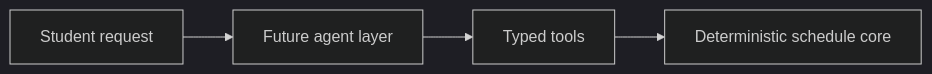
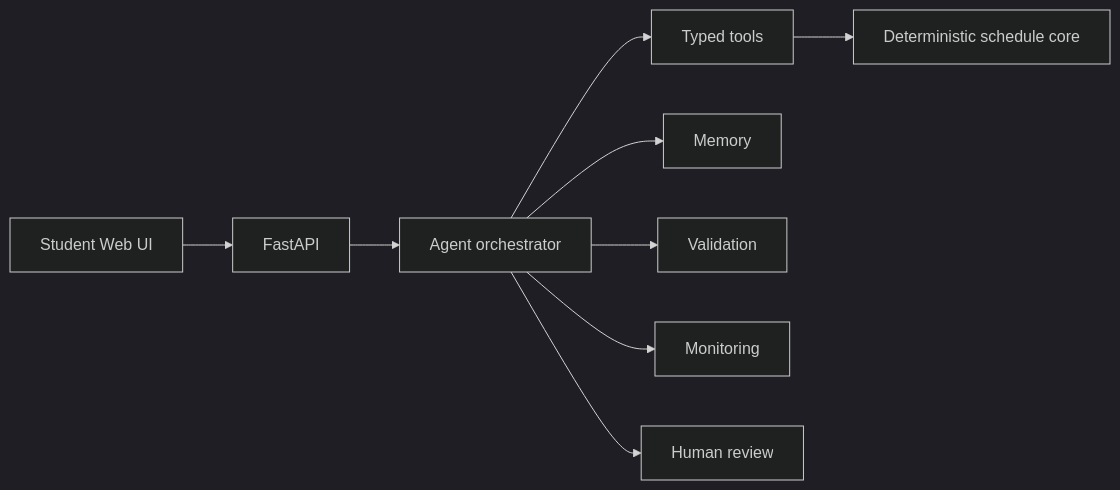
Before and after one commit to aldoapicella/utp-schedule-agent-lab: the diagram in src/schedule_agent/design/architecture.md, drawn with Mermaid (dark theme). The commit also changed other lines of this file and 109 other files, not shown here.

````diff
--- a/src/schedule_agent/design/architecture.md
+++ b/src/schedule_agent/design/architecture.md
@@ -3,6 +3,11 @@
 ```mermaid
 flowchart LR
-  A["Student request"] --> B["Future agent layer"]
-  B --> C["Typed tools"]
-  C --> D["Deterministic schedule core"]
+  A["Student Web UI"] --> B["FastAPI"]
+  B --> C["Agent orchestrator"]
+  C --> D["Typed tools"]
+  D --> E["Deterministic schedule core"]
+  C --> F["Memory"]
+  C --> G["Validation"]
+  C --> H["Monitoring"]
+  C --> I["Human review"]
 ```
````
